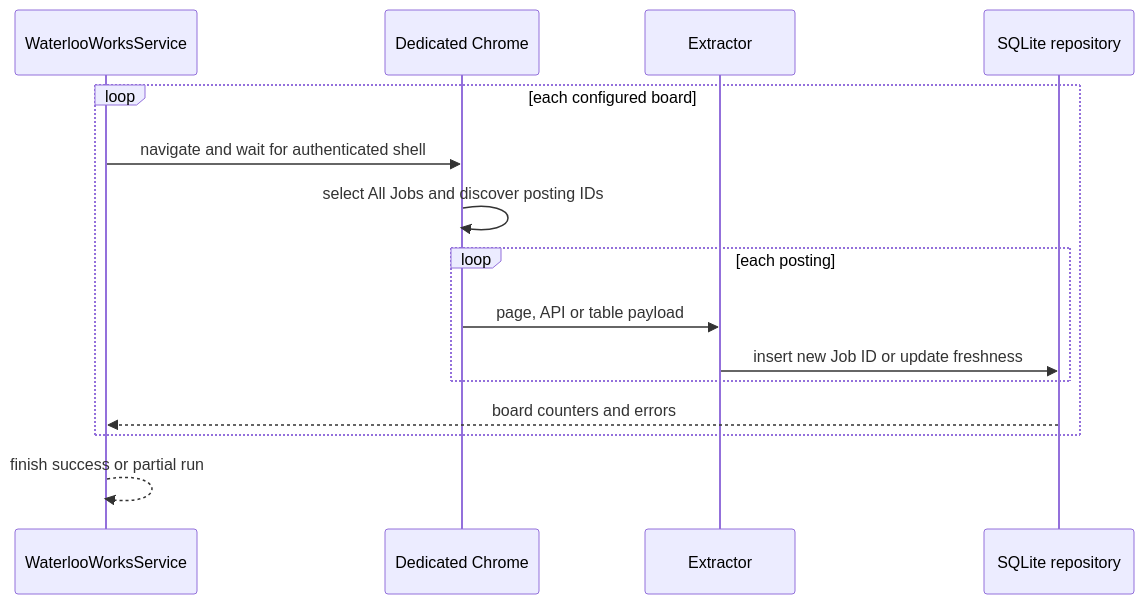
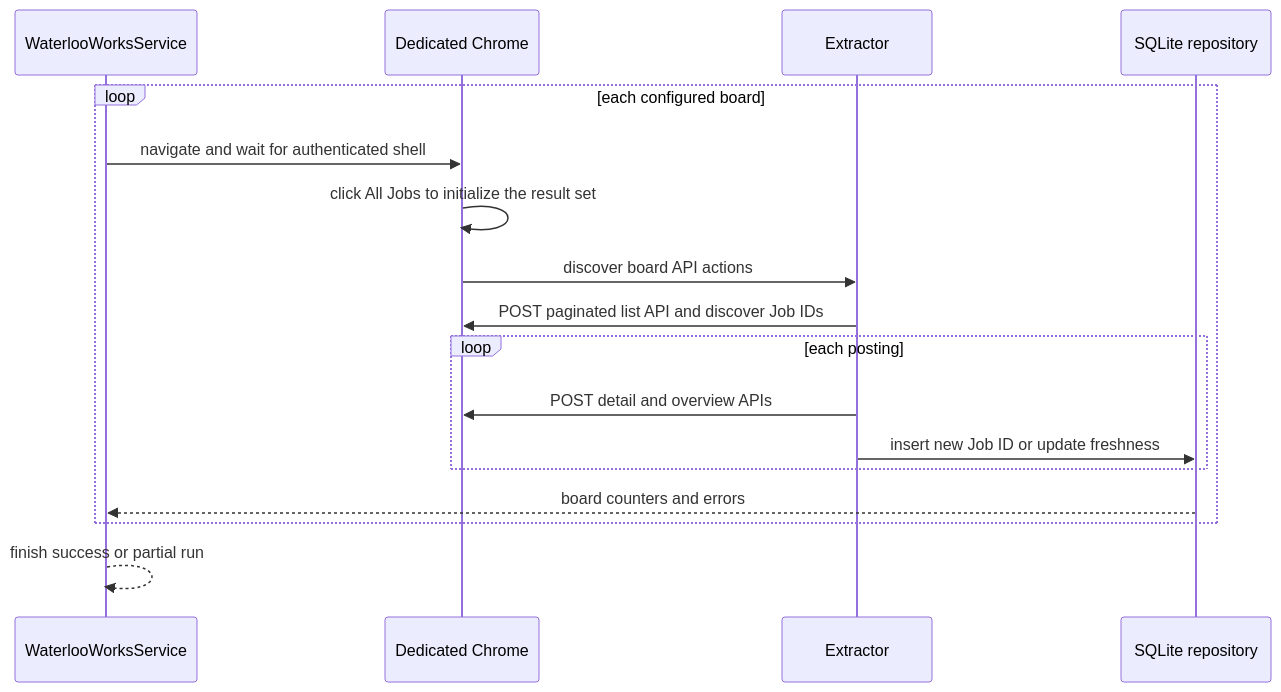
The second of 2 diagrams in docs/modules/waterlooworks.md (KaiusJin/WeCanFindIntern), drawn with Mermaid before and after one commit. The commit also changed other lines of this file and 8 other files, not shown here.

````diff
--- a/docs/modules/waterlooworks.md
+++ b/docs/modules/waterlooworks.md
@@ -69,17 +70,19 @@
 ```mermaid
 sequenceDiagram
     participant S as WaterlooWorksService
     participant C as Dedicated Chrome
     participant D as Extractor
     participant Q as SQLite repository
     loop each configured board
         S->>C: navigate and wait for authenticated shell
-        C->>C: select All Jobs and discover posting IDs
+        C->>C: click All Jobs to initialize the result set
+        C->>D: discover board API actions
+        D->>C: POST paginated list API and discover Job IDs
         loop each posting
-            C->>D: page, API or table payload
+            D->>C: POST detail and overview APIs
             D->>Q: insert new Job ID or update freshness
         end
         Q-->>S: board counters and errors
     end
     S-->>S: finish success or partial run
 ```
````
